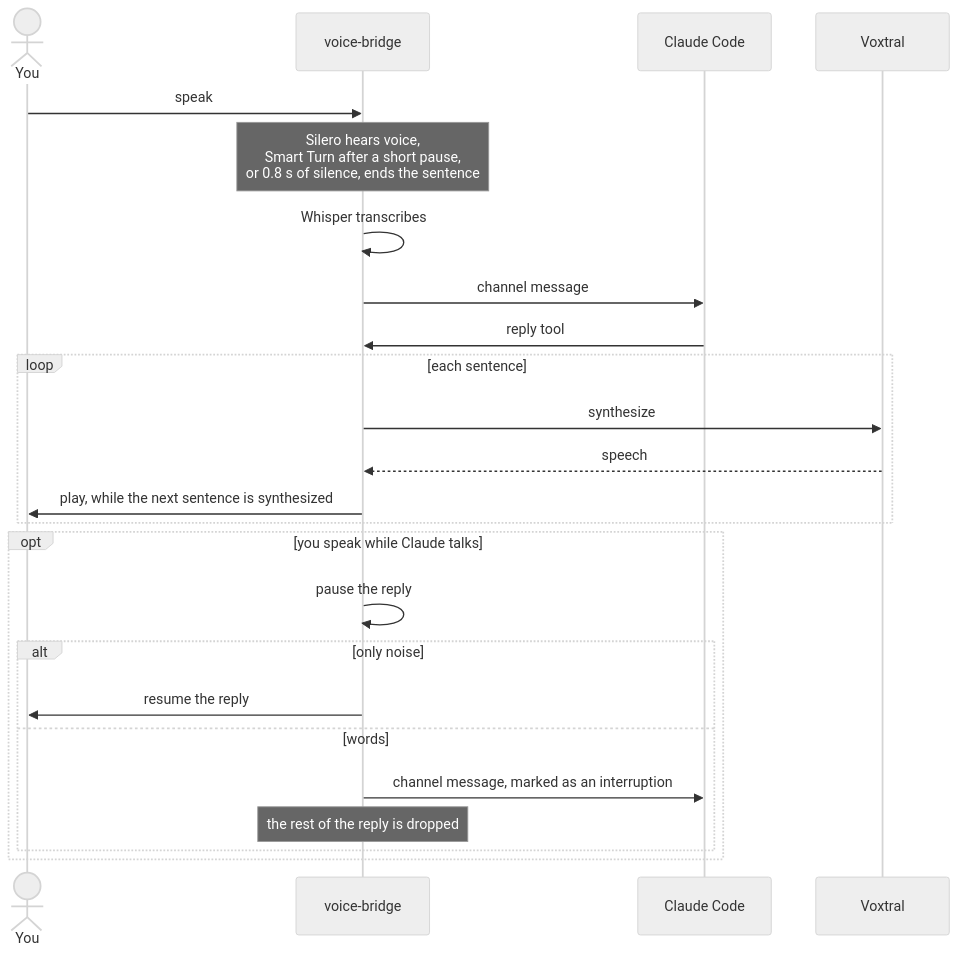
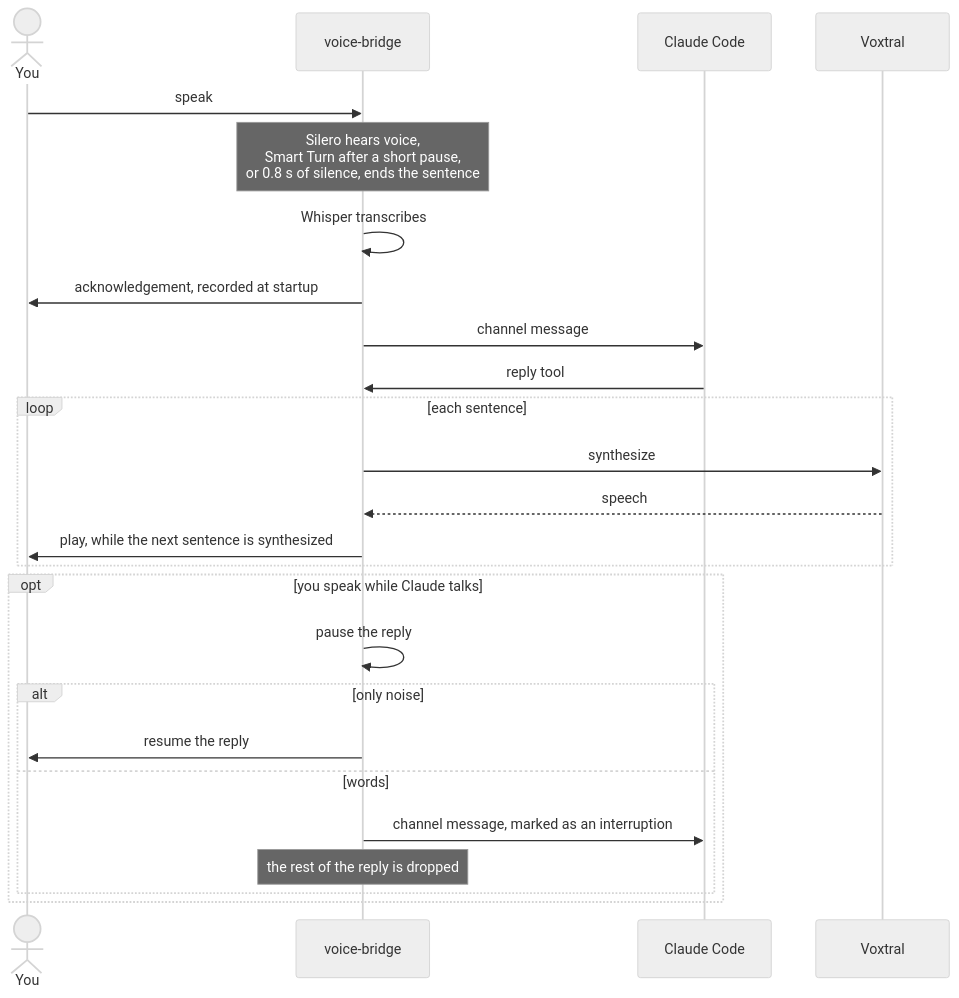
One commit to marc-gavanier/voice-bridge changed the second of 3 diagrams in README.md. Above: the diagram before and after it, drawn with Mermaid (neutral theme). The commit also changed other lines of this file and 11 other files, not shown here.

````diff
--- a/README.md
+++ b/README.md
@@ -37,27 +37,28 @@
 ```mermaid
 sequenceDiagram
     actor you as You
     participant bridge as voice-bridge
     participant claude as Claude Code
     participant voxtral as Voxtral
 
     you->>bridge: speak
     Note over bridge: Silero hears voice,<br/>Smart Turn after a short pause,<br/>or 0.8 s of silence, ends the sentence
     bridge->>bridge: Whisper transcribes
+    bridge->>you: acknowledgement, recorded at startup
     bridge->>claude: channel message
     claude->>bridge: reply tool
     loop each sentence
         bridge->>voxtral: synthesize
         voxtral-->>bridge: speech
         bridge->>you: play, while the next sentence is synthesized
     end
     opt you speak while Claude talks
         bridge->>bridge: pause the reply
         alt only noise
             bridge->>you: resume the reply
         else words
             bridge->>claude: channel message, marked as an interruption
             Note over bridge: the rest of the reply is dropped
         end
     end
 ```
````
